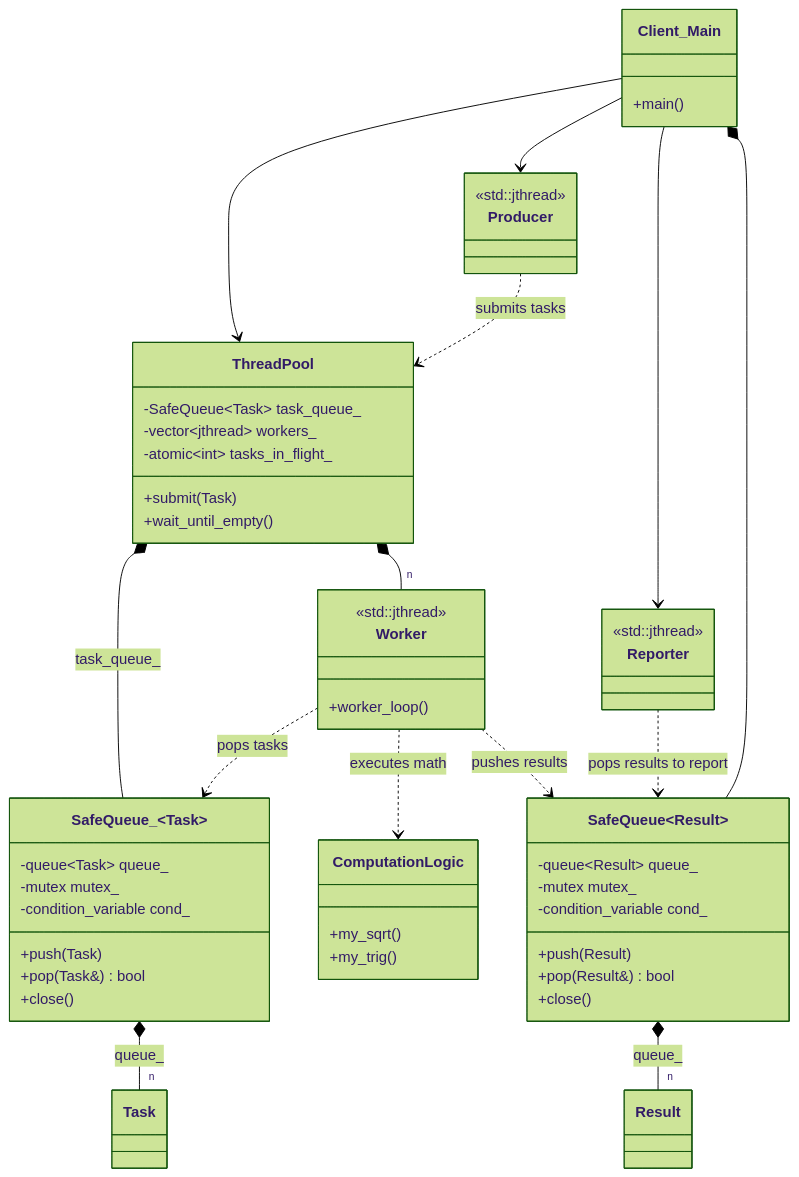
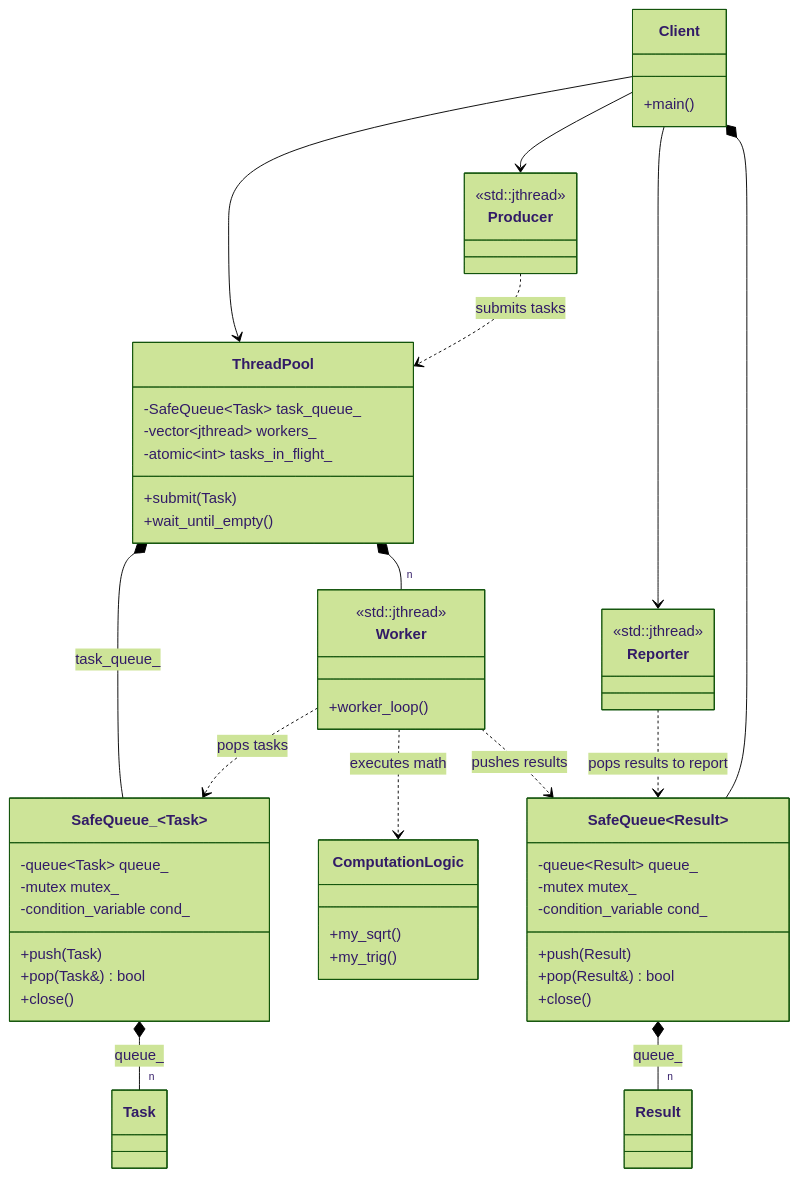
Before and after one commit to MarioGalindoQ/Modern-CPP-Design-Patterns: the diagram in 34_ThreadPool/README.md, drawn with Mermaid (forest theme). The commit also changed other lines of this file and 1 other file, not shown here.

Commit message:
Improve UML

````diff
--- a/34_ThreadPool/README.md
+++ b/34_ThreadPool/README.md
@@ -70,79 +70,79 @@
 ```mermaid
 classDiagram
    class SafeQueue_~Task~ {
       -queue~Task~ queue_
       -mutex mutex_
       -condition_variable cond_
       +push(Task)
       +pop(Task&) bool
       +close()
    }
 
    class SafeQueue~Result~ {
       -queue~Result~ queue_
       -mutex mutex_
       -condition_variable cond_
       +push(Result)
       +pop(Result&) bool
       +close()
    }
 
    class ThreadPool {
       -SafeQueue~Task~ task_queue_
       -vector~jthread~ workers_
       -atomic~int~ tasks_in_flight_
       +submit(Task)
       +wait_until_empty()
    }
 
    class Worker {
       <<std::jthread>>
       +worker_loop()
    }
 
    class Result {
    }
 
    class Task {
    }
 
-   class Client_Main {
+   class Client {
       +main()
    }
 
    class Producer {
       <<std::jthread>>
    }
 
    class Reporter {
       <<std::jthread>>
    }
 
    class ComputationLogic {
       +my_sqrt()
       +my_trig()
    }
 
    %% The Pool owns its internal components
    ThreadPool *-- SafeQueue_~Task~ : task_queue_
    ThreadPool *-- "n" Worker
 
    %% Tasks in SafeQueue~Task~
    SafeQueue_~Task~ *-- "n" Task : queue_
 
    %% Results in SafeQueue~Result~
    SafeQueue~Result~ *-- "n" Result : queue_
 
    %% The Client (Main) creates the high-level infrastructure
-   Client_Main --> ThreadPool
-   Client_Main --> Producer
-   Client_Main --> Reporter
-   Client_Main *-- SafeQueue~Result~
+   Client --> ThreadPool
+   Client --> Producer
+   Client --> Reporter
+   Client *-- SafeQueue~Result~
 
    %% Operational dependencies
    Producer ..> ThreadPool : submits tasks
    Worker ..> SafeQueue_~Task~ : pops tasks
    Worker ..> ComputationLogic : executes math
    Worker ..> SafeQueue~Result~ : pushes results
    Reporter ..> SafeQueue~Result~ : pops results to report
 ```
````
